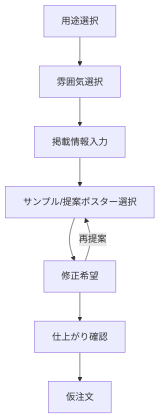
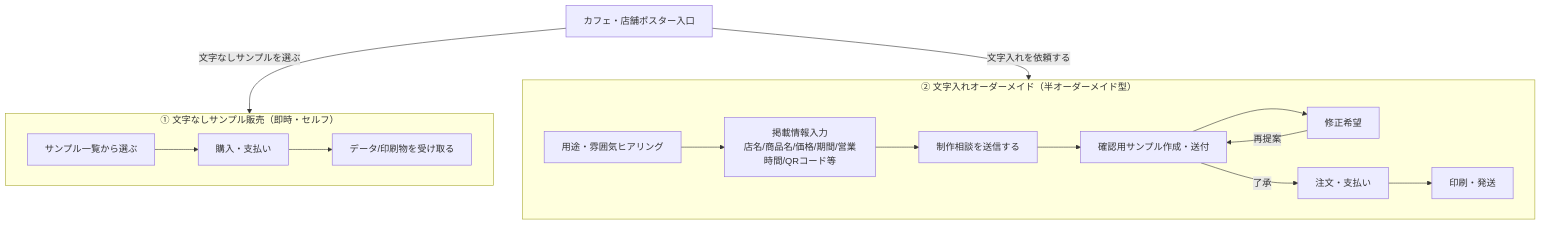
The second of 3 diagrams in docs/NEW_SERVICE_DESIGN.md (Hajime-na/ai-hana-zukan), drawn with Mermaid before and after one commit. The commit also changed other lines of this file, not shown here.

Commit message:
docs: split cafe poster flow into sample sales and custom orders

````diff
--- a/docs/NEW_SERVICE_DESIGN.md
+++ b/docs/NEW_SERVICE_DESIGN.md
@@ -131,10 +140,18 @@
 ```mermaid
 flowchart TD
-    A[用途選択] --> B[雰囲気選択]
-    B --> C[掲載情報入力]
-    C --> D[サンプル/提案ポスター選択]
-    D --> E[修正希望]
-    E --> F[仕上がり確認]
-    F --> G[仮注文]
-    E -->|再提案| D
+    Cafe["カフェ・店舗ポスター入口"] -->|文字なしサンプルを選ぶ| Sample
+    Cafe -->|文字入れを依頼する| Order
+    subgraph Sample[① 文字なしサンプル販売（即時・セルフ）]
+        S1[サンプル一覧から選ぶ] --> S2[購入・支払い]
+        S2 --> S3[データ/印刷物を受け取る]
+    end
+    subgraph Order[② 文字入れオーダーメイド（半オーダーメイド型）]
+        O1[用途・雰囲気ヒアリング] --> O2[掲載情報入力<br/>店名/商品名/価格/期間/営業時間/QRコード等]
+        O2 --> O3[制作相談を送信する]
+        O3 --> O4[確認用サンプル作成・送付]
+        O4 --> O5[修正希望]
+        O5 -->|再提案| O4
+        O4 -->|了承| O6[注文・支払い]
+        O6 --> O7[印刷・発送]
+    end
 ```
````
